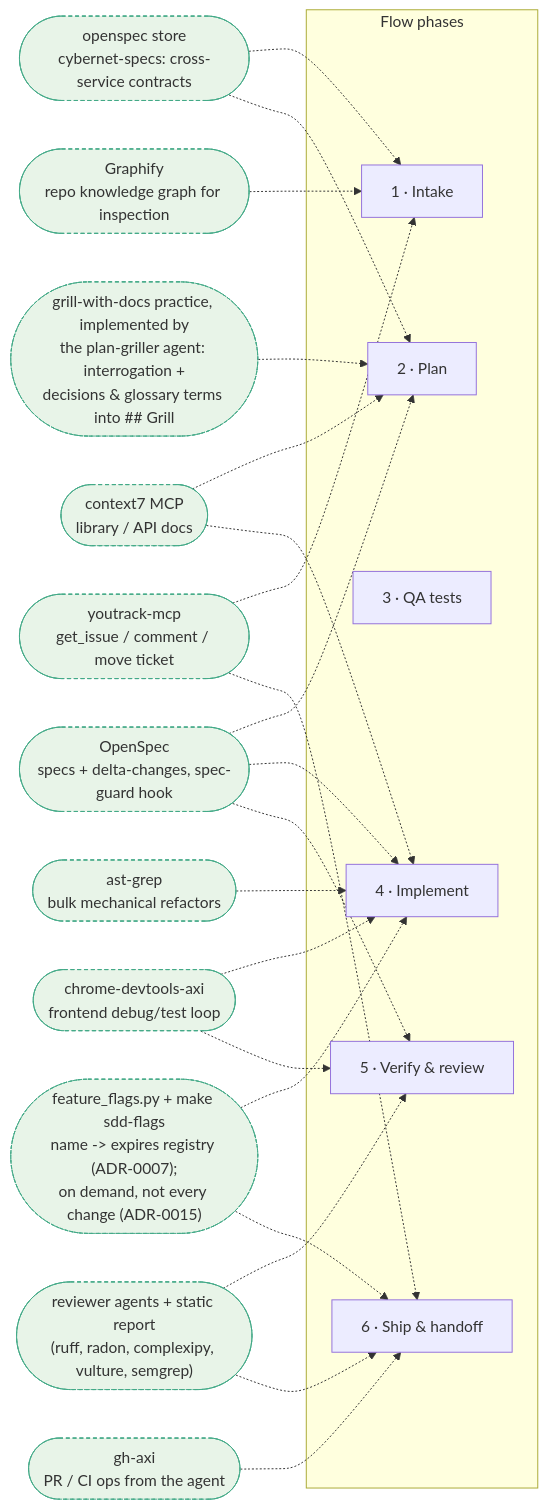
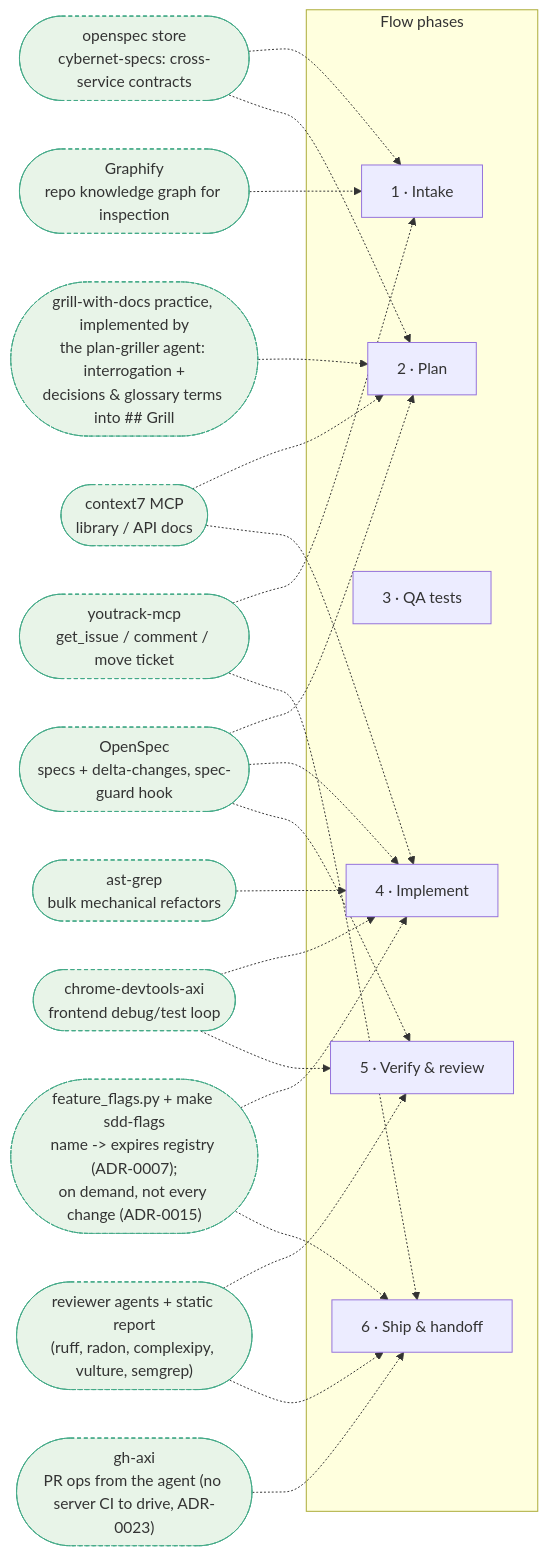
The second of 2 diagrams in WORKFLOW.md (CybernetKZ/sdd-kit), drawn with Mermaid before and after one commit. The commit also changed other lines of this file and 6 other files, not shown here.

````diff
--- a/WORKFLOW.md
+++ b/WORKFLOW.md
@@ -127,33 +127,33 @@
 ```mermaid
 flowchart LR
     subgraph PHASES["Flow phases"]
         P1["1 · Intake"]
         P2["2 · Plan"]
         P3["3 · QA tests"]
         P4["4 · Implement"]
         P5["5 · Verify & review"]
         P6["6 · Ship & handoff"]
     end
     YTMCP(["youtrack-mcp<br/>get_issue / comment / move ticket"]) -.-> P1
     YTMCP -.-> P6
     STORE(["openspec store<br/>cybernet-specs: cross-service contracts"]) -.-> P1
     STORE -.-> P2
     GRAPH(["Graphify<br/>repo knowledge graph for inspection"]) -.-> P1
     OS(["OpenSpec<br/>specs + delta-changes, spec-guard hook"]) -.-> P2
     OS -.-> P4
     OS -.-> P5
     GWD(["grill-with-docs practice, implemented by<br/>the plan-griller agent: interrogation +<br/>decisions & glossary terms into ## Grill"]) -.-> P2
     C7(["context7 MCP<br/>library / API docs"]) -.-> P2
     C7 -.-> P4
     ASTG(["ast-grep<br/>bulk mechanical refactors"]) -.-> P4
     CDA(["chrome-devtools-axi<br/>frontend debug/test loop"]) -.-> P4
     CDA -.-> P5
     FLAGS(["feature_flags.py + make sdd-flags<br/>name -> expires registry (ADR-0007);<br/>on demand, not every change (ADR-0015)"]) -.-> P4
     FLAGS -.-> P6
     AGENTS(["reviewer agents + static report<br/>(ruff, radon, complexipy, vulture, semgrep)"]) -.-> P5
     AGENTS -.-> P6
-    GHA(["gh-axi<br/>PR / CI ops from the agent"]) -.-> P6
+    GHA(["gh-axi<br/>PR ops from the agent (no server CI to drive, ADR-0023)"]) -.-> P6
 
     classDef tool fill:#e8f4e8,stroke:#4a8,stroke-dasharray: 4 3
     class YTMCP,STORE,GRAPH,C7,OS,GWD,ASTG,CDA,GHA,AGENTS,FLAGS tool
 ```
````
